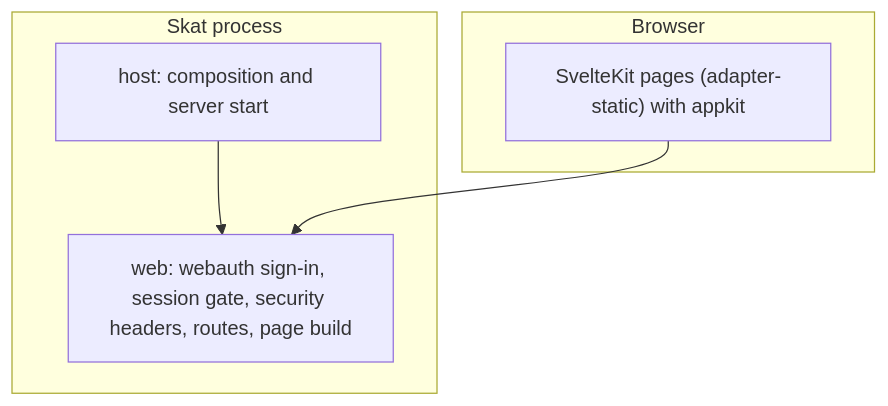
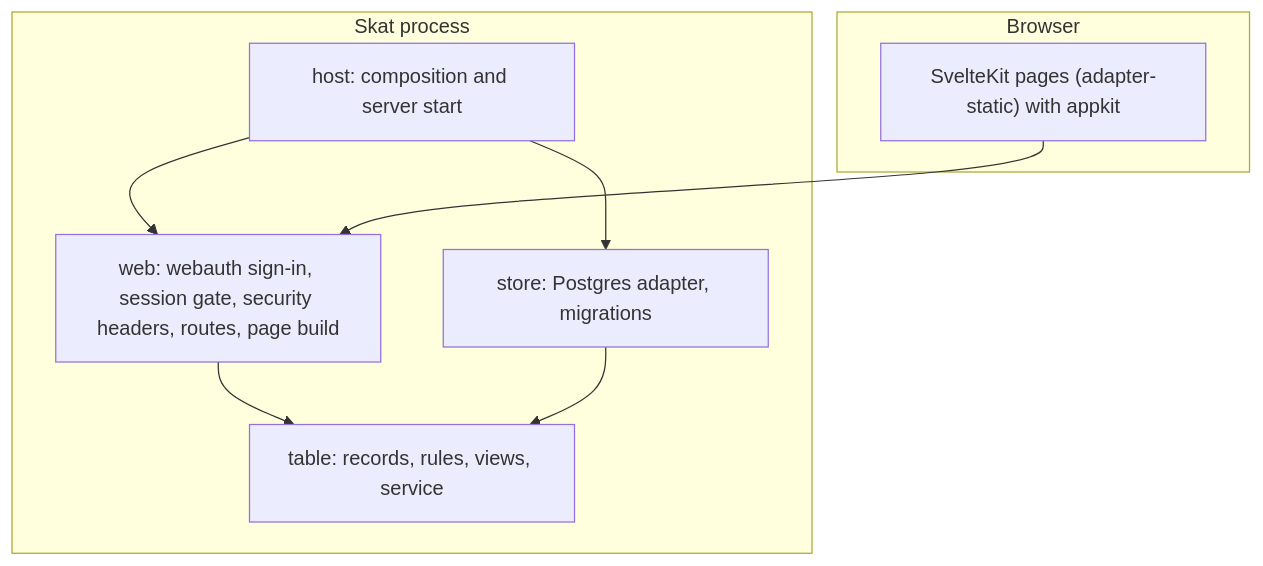
The second of 3 diagrams in docs/ARCHITECTURE.md (overnightworks/skat), drawn with Mermaid before and after one commit. The commit also changed other lines of this file and 50 other files, not shown here.

````diff
--- a/docs/ARCHITECTURE.md
+++ b/docs/ARCHITECTURE.md
@@ -19,12 +20,17 @@
 ```mermaid
 flowchart TB
     subgraph browser["Browser"]
         pages["SvelteKit pages (adapter-static) with appkit"]
     end
     subgraph process["Skat process"]
         host["host: composition and server start"]
         web["web: webauth sign-in, session gate, security headers, routes, page build"]
+        store["store: Postgres adapter, migrations"]
+        table["table: records, rules, views, service"]
         host --> web
+        host --> store
+        web --> table
+        store --> table
     end
     pages --> web
 ```
````
